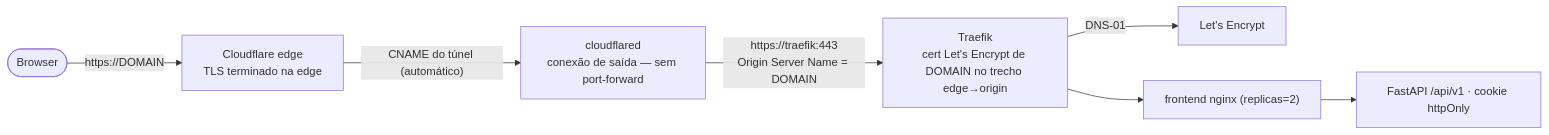
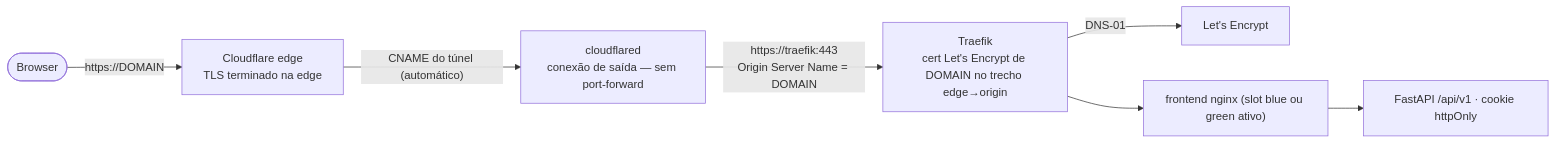
One commit to ofcoliva/login-frontend changed the third of 5 diagrams in README.md. Above: the diagram before and after it, drawn with Mermaid. The commit also changed other lines of this file and 15 other files, not shown here.

First line of the commit message:
feat(deploy): reestrutura stack para deploy/ com blue/green (compose, scripts, traefik dynamic)

````diff
--- a/README.md
+++ b/README.md
@@ -79,9 +77,9 @@
 ```mermaid
 flowchart LR
     U([Browser]) -->|"https://DOMAIN"| E["Cloudflare edge<br/>TLS terminado na edge"]
     E -->|"CNAME do túnel (automático)"| C["cloudflared<br/>conexão de saída — sem port-forward"]
     C -->|"https://traefik:443<br/>Origin Server Name = DOMAIN"| TR["Traefik<br/>cert Let's Encrypt de DOMAIN no trecho edge→origin"]
     TR -->|DNS-01| LE["Let's Encrypt"]
-    TR --> FE["frontend nginx (replicas=2)"]
+    TR --> FE["frontend nginx (slot blue ou green ativo)"]
     FE --> API["FastAPI /api/v1 · cookie httpOnly"]
 ```
````
